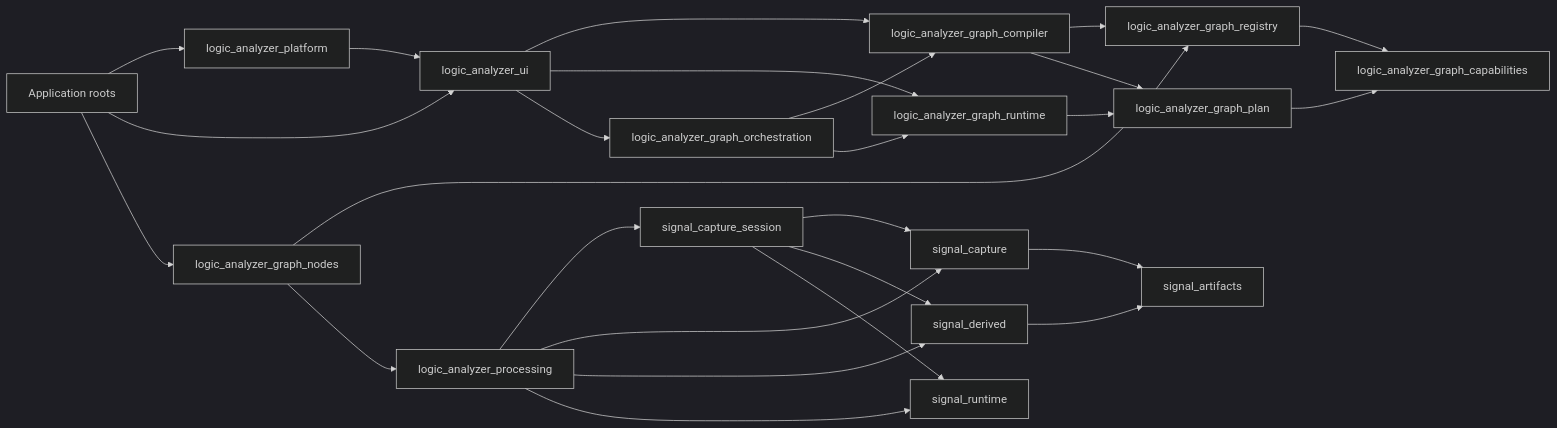
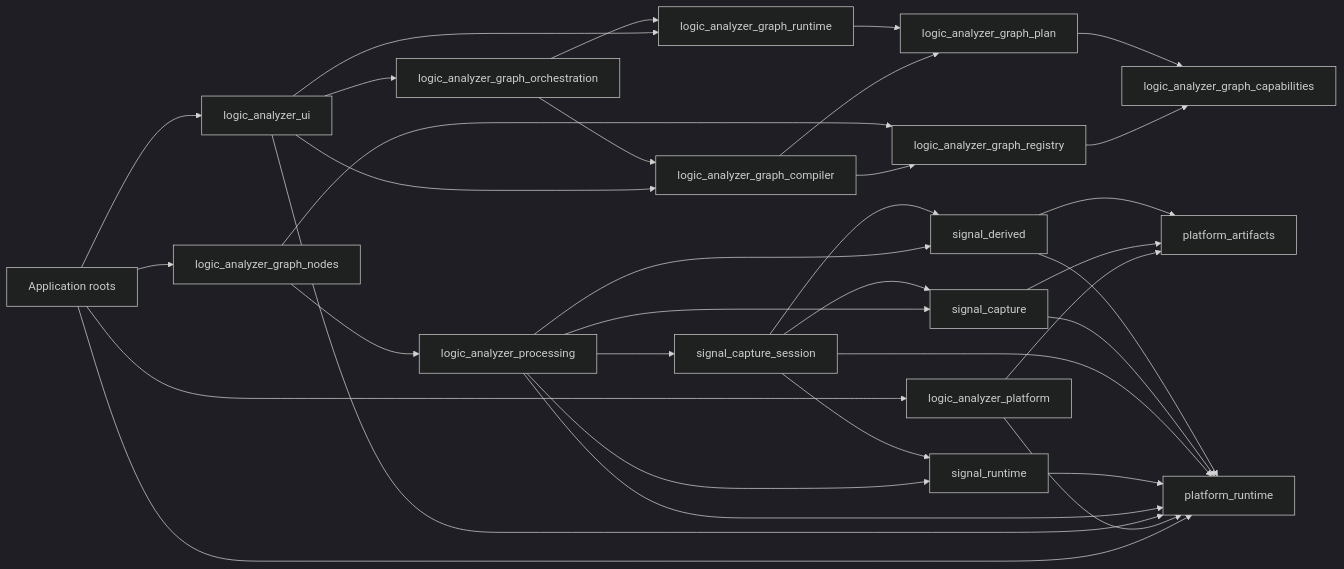
One commit to rcaelers/dsl changed the first of 2 diagrams in docs/architecture/crate_responsibility.md. Above: the diagram before and after it, drawn with Mermaid (dark theme). The commit also changed other lines of this file and 163 other files, not shown here.

First line of the commit message:
refactor(platform): make host adapters domain-neutral

````diff
--- a/docs/architecture/crate_responsibility.md
+++ b/docs/architecture/crate_responsibility.md
@@ -234,28 +242,36 @@
 ```mermaid
 flowchart LR
     Apps[Application roots] --> Platform[logic_analyzer_platform]
+    Apps --> HostRuntime[platform_runtime]
     Apps --> UI[logic_analyzer_ui]
     Apps --> Nodes[logic_analyzer_graph_nodes]
-    Platform --> UI
+    Platform --> Artifacts[platform_artifacts]
+    Platform --> HostRuntime
     UI --> Compiler[logic_analyzer_graph_compiler]
     UI --> Runtime[logic_analyzer_graph_runtime]
     UI --> Orchestration[logic_analyzer_graph_orchestration]
+    UI --> HostRuntime
     Orchestration --> Compiler
     Orchestration --> Runtime
     Compiler --> Registry[logic_analyzer_graph_registry]
     Compiler --> Plan[logic_analyzer_graph_plan]
     Runtime --> Plan
     Registry --> Capabilities[logic_analyzer_graph_capabilities]
     Plan --> Capabilities
     Nodes --> Registry
     Nodes --> Processing[logic_analyzer_processing]
+    Processing --> HostRuntime
     Processing --> Session[signal_capture_session]
     Processing --> Capture[signal_capture]
     Processing --> Derived[signal_derived]
     Processing --> Stream[signal_runtime]
+    Stream --> HostRuntime
     Session --> Capture
     Session --> Derived
     Session --> Stream
-    Capture --> Artifacts[signal_artifacts]
+    Session --> HostRuntime
+    Capture --> Artifacts
+    Capture --> HostRuntime
     Derived --> Artifacts
+    Derived --> HostRuntime
 ```
````
